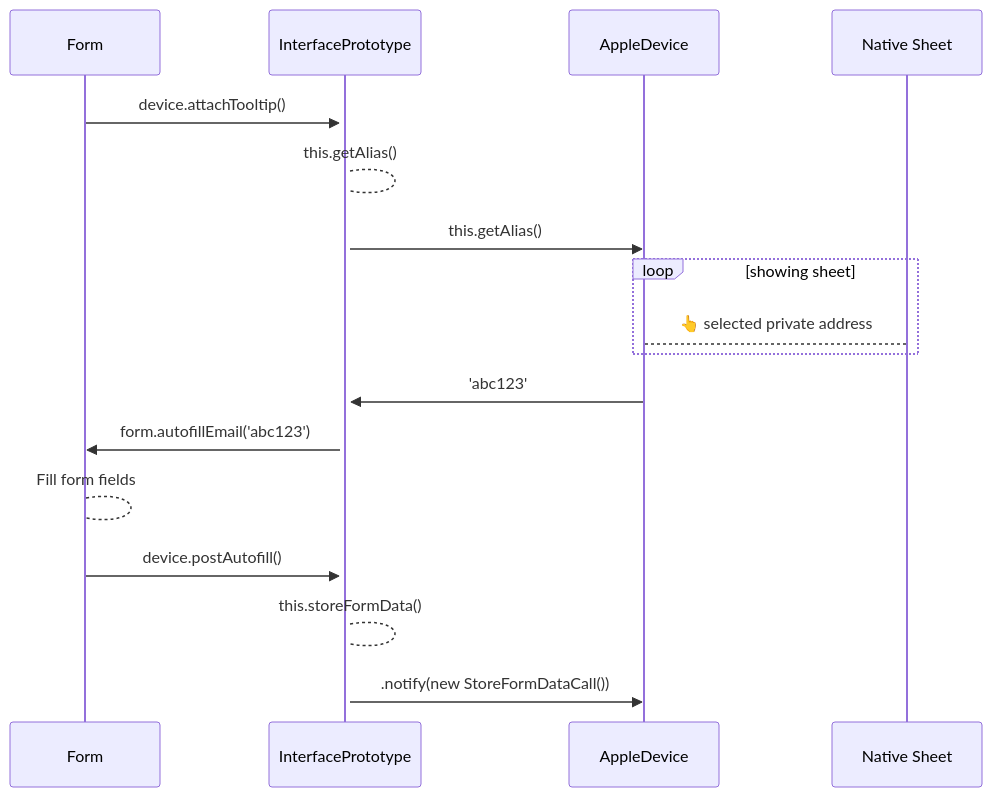
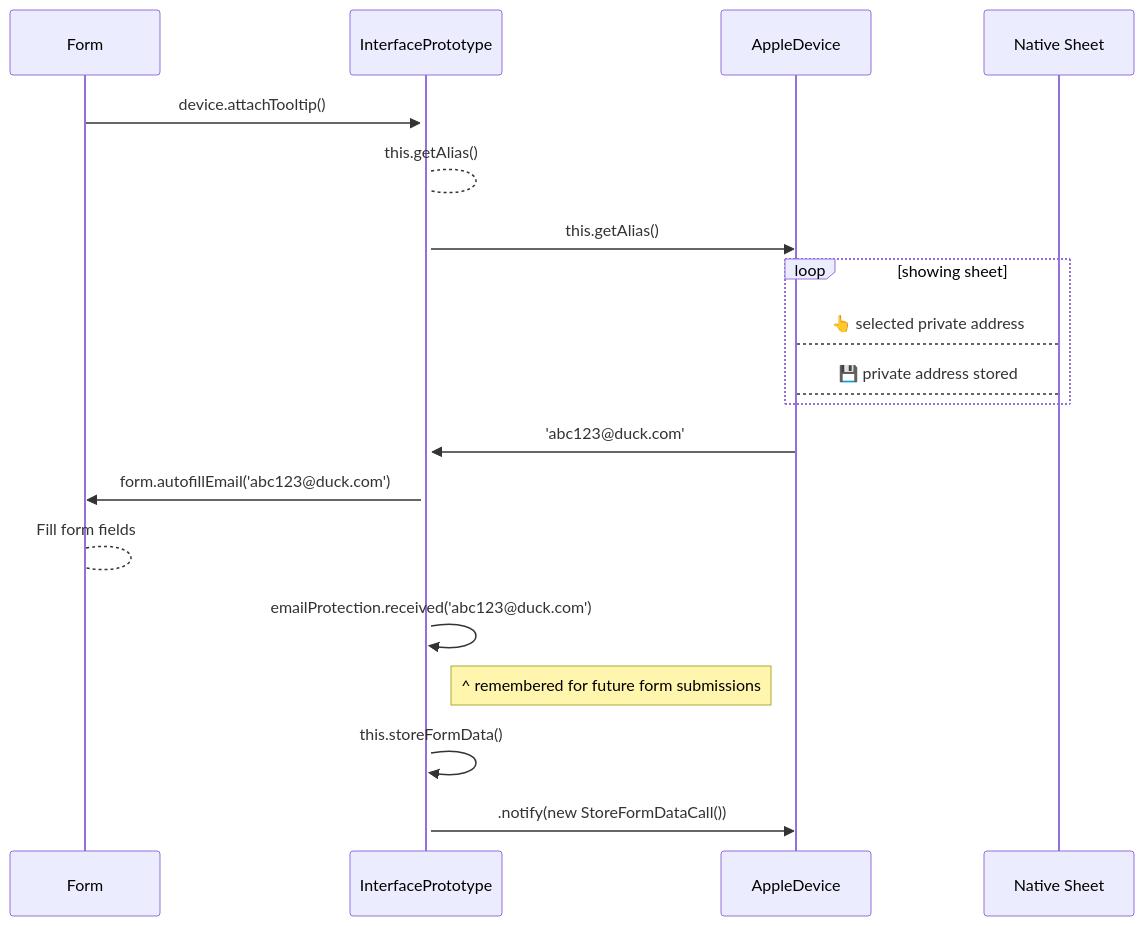
One commit to duckduckgo/duckduckgo-autofill changed the diagram in docs/email-protection.md. Above: the diagram before and after it, drawn with Mermaid. The commit also changed other lines of this file and 1 other file, not shown here.

Commit message:
verify diagrams

````diff
--- a/docs/email-protection.md
+++ b/docs/email-protection.md
@@ -25,15 +8,17 @@
 ```mermaid
 sequenceDiagram
     Form->>+InterfacePrototype: device.attachTooltip()
     InterfacePrototype-->InterfacePrototype: this.getAlias()
     InterfacePrototype->>AppleDevice: this.getAlias()
     loop showing sheet
         AppleDevice-->Native Sheet: 👆 selected private address
+        AppleDevice-->Native Sheet: 💾 private address stored
     end
-    AppleDevice->>InterfacePrototype: 'abc123'
-    InterfacePrototype->>Form: form.autofillEmail('abc123')
+    AppleDevice->>InterfacePrototype: 'abc123@duck.com'
+    InterfacePrototype->>Form: form.autofillEmail('abc123@duck.com')
     Form-->Form: Fill form fields
-    Form->>InterfacePrototype: device.postAutofill()
-    InterfacePrototype-->InterfacePrototype: this.storeFormData()
+    InterfacePrototype->>InterfacePrototype: emailProtection.received('abc123@duck.com')
+    Note right of InterfacePrototype: ^ remembered for future form submissions
+    InterfacePrototype->>InterfacePrototype: this.storeFormData()
     InterfacePrototype->>AppleDevice: .notify(new StoreFormDataCall())
 ```
````
